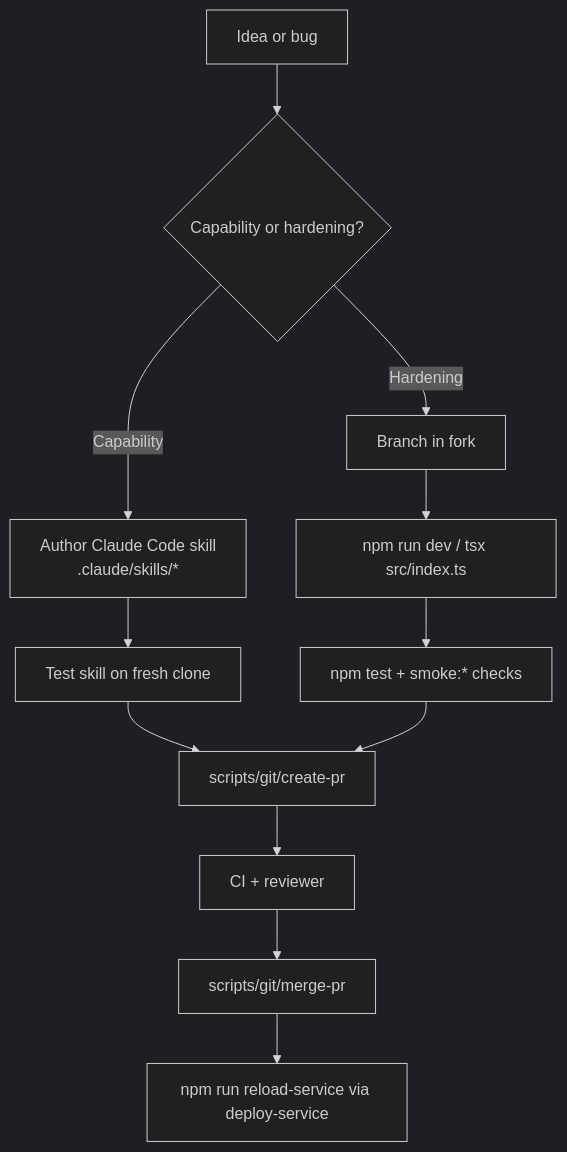
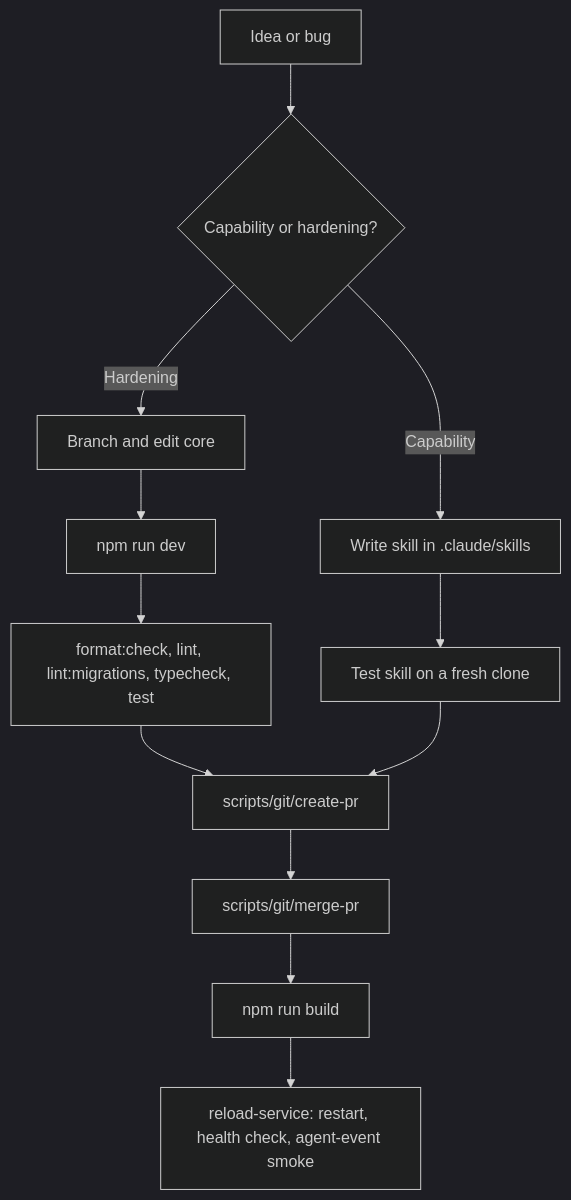
One commit to Jeffrey-Keyser/project-wiki changed the diagram in content/repos/Jeffrey-Keyser-nanoclaw/Iteration-Loop.md. Above: the diagram before and after it, drawn with Mermaid (dark theme). The commit also changed other lines of this file and 150 other files, not shown here.

````diff
--- a/content/repos/Jeffrey-Keyser-nanoclaw/Iteration-Loop.md
+++ b/content/repos/Jeffrey-Keyser-nanoclaw/Iteration-Loop.md
@@ -12,14 +12,14 @@
 ```mermaid
 flowchart TD
-    A[Idea or bug] --> B{Capability or hardening?}
-    B -- Capability --> S[Author Claude Code skill<br/>.claude/skills/*]
-    B -- Hardening --> C[Branch in fork]
-    S --> S2[Test skill on fresh clone]
-    S2 --> PR
-    C --> D[npm run dev / tsx src/index.ts]
-    D --> E[npm test + smoke:* checks]
-    E --> PR[scripts/git/create-pr]
-    PR --> CI[CI + reviewer]
-    CI --> M[scripts/git/merge-pr]
-    M --> R[npm run reload-service via deploy-service]
+    A["Idea or bug"] --> B{"Capability or hardening?"}
+    B -->|"Capability"| S["Write skill in .claude/skills"]
+    B -->|"Hardening"| C["Branch and edit core"]
+    S --> T["Test skill on a fresh clone"]
+    C --> D["npm run dev"]
+    D --> V["format:check, lint, lint:migrations, typecheck, test"]
+    V --> PR["scripts/git/create-pr"]
+    T --> PR
+    PR --> M["scripts/git/merge-pr"]
+    M --> BLD["npm run build"]
+    BLD --> RL["reload-service: restart, health check, agent-event smoke"]
 ```
````
